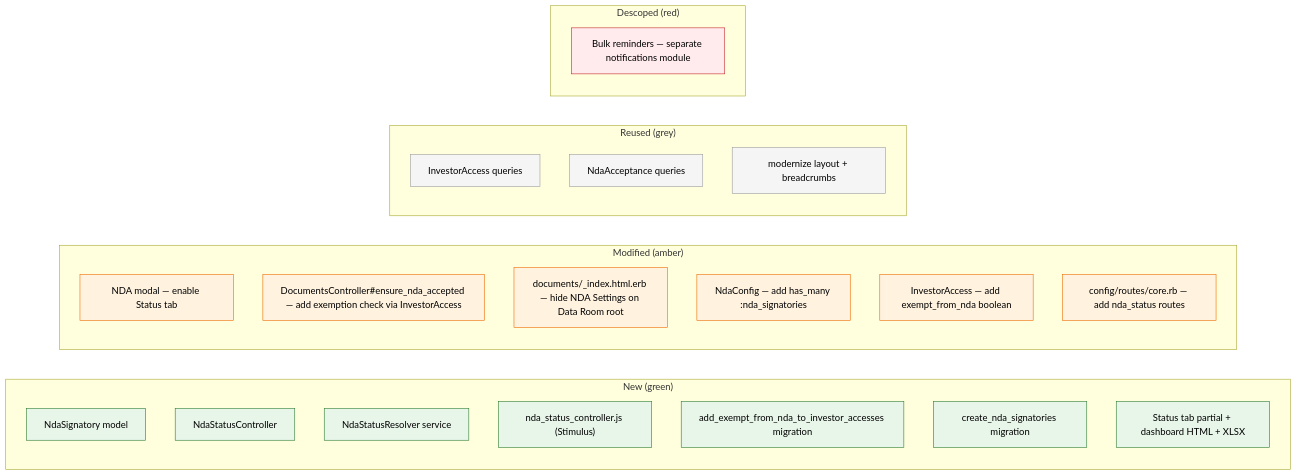
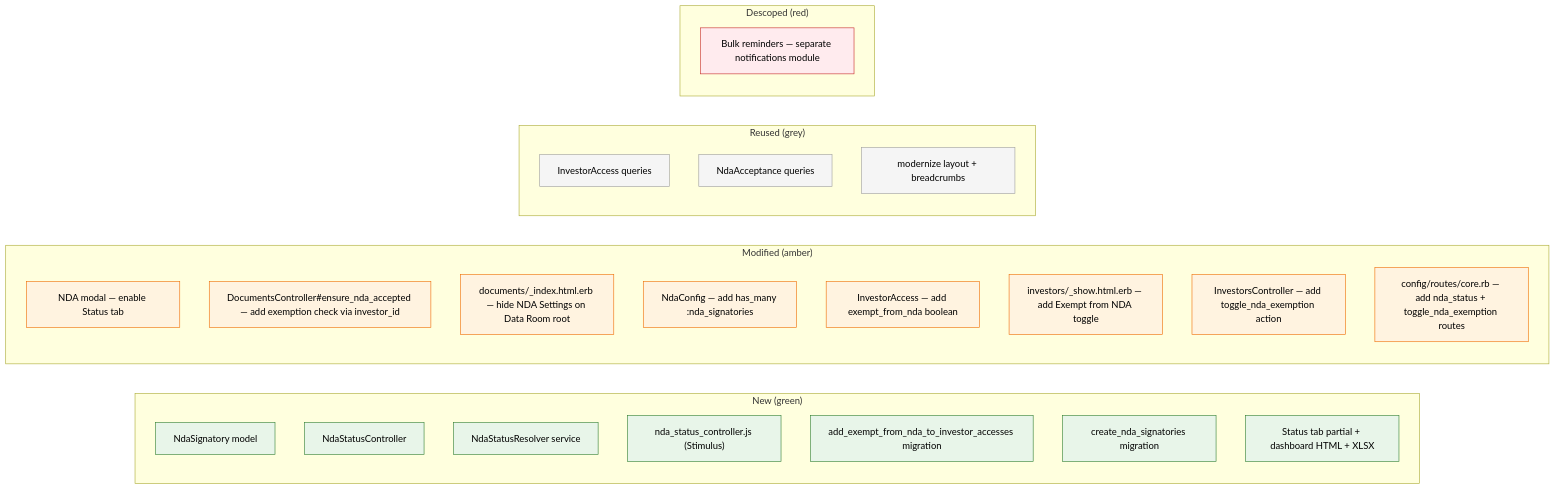
Before and after one commit to sampadadiwan/IRM_CompanyMain: the third of 9 diagrams in openspec/changes/nda-data-room-module-3-gp-dashboard/design.md, drawn with Mermaid. The commit also changed other lines of this file and 5 other files, not shown here.

First line of the commit message:
docs: Move NDA exemption UI from per-user form to investor-level toggle

````diff
--- a/openspec/changes/nda-data-room-module-3-gp-dashboard/design.md
+++ b/openspec/changes/nda-data-room-module-3-gp-dashboard/design.md
@@ -148,40 +149,42 @@
 ```mermaid
 flowchart LR
     subgraph New["New (green)"]
         NS["NdaSignatory model"]
         NSC["NdaStatusController"]
         NSR["NdaStatusResolver service"]
         STIM["nda_status_controller.js (Stimulus)"]
         MIG1["add_exempt_from_nda_to_investor_accesses migration"]
         MIG2["create_nda_signatories migration"]
         VIEWS["Status tab partial + dashboard HTML + XLSX"]
     end
 
     subgraph Modified["Modified (amber)"]
         MODAL["NDA modal — enable Status tab"]
-        GATE["DocumentsController#ensure_nda_accepted — add exemption check via InvestorAccess"]
+        GATE["DocumentsController#ensure_nda_accepted — add exemption check via investor_id"]
         DOCIDX["documents/_index.html.erb — hide NDA Settings on Data Room root"]
         NDACONF["NdaConfig — add has_many :nda_signatories"]
         IA_MODEL["InvestorAccess — add exempt_from_nda boolean"]
-        ROUTES["config/routes/core.rb — add nda_status routes"]
+        INV_SHOW["investors/_show.html.erb — add Exempt from NDA toggle"]
+        INV_CTRL["InvestorsController — add toggle_nda_exemption action"]
+        ROUTES["config/routes/core.rb — add nda_status + toggle_nda_exemption routes"]
     end
 
     subgraph Reused["Reused (grey)"]
         IA["InvestorAccess queries"]
         NA["NdaAcceptance queries"]
         LAYOUT["modernize layout + breadcrumbs"]
     end
 
     subgraph Descoped["Descoped (red)"]
         REM["Bulk reminders — separate notifications module"]
     end
 
     classDef green fill:#e8f5e9,stroke:#2e7d32,color:#000
     classDef amber fill:#fff3e0,stroke:#ef6c00,color:#000
     classDef grey fill:#f5f5f5,stroke:#9e9e9e,color:#000
     classDef red fill:#ffebee,stroke:#c62828,color:#000
     class NS,NSC,NSR,STIM,MIG1,MIG2,VIEWS green
-    class MODAL,GATE,DOCIDX,NDACONF,IA_MODEL,ROUTES amber
+    class MODAL,GATE,DOCIDX,NDACONF,IA_MODEL,INV_SHOW,INV_CTRL,ROUTES amber
     class IA,NA,LAYOUT grey
     class REM red
 ```
````
